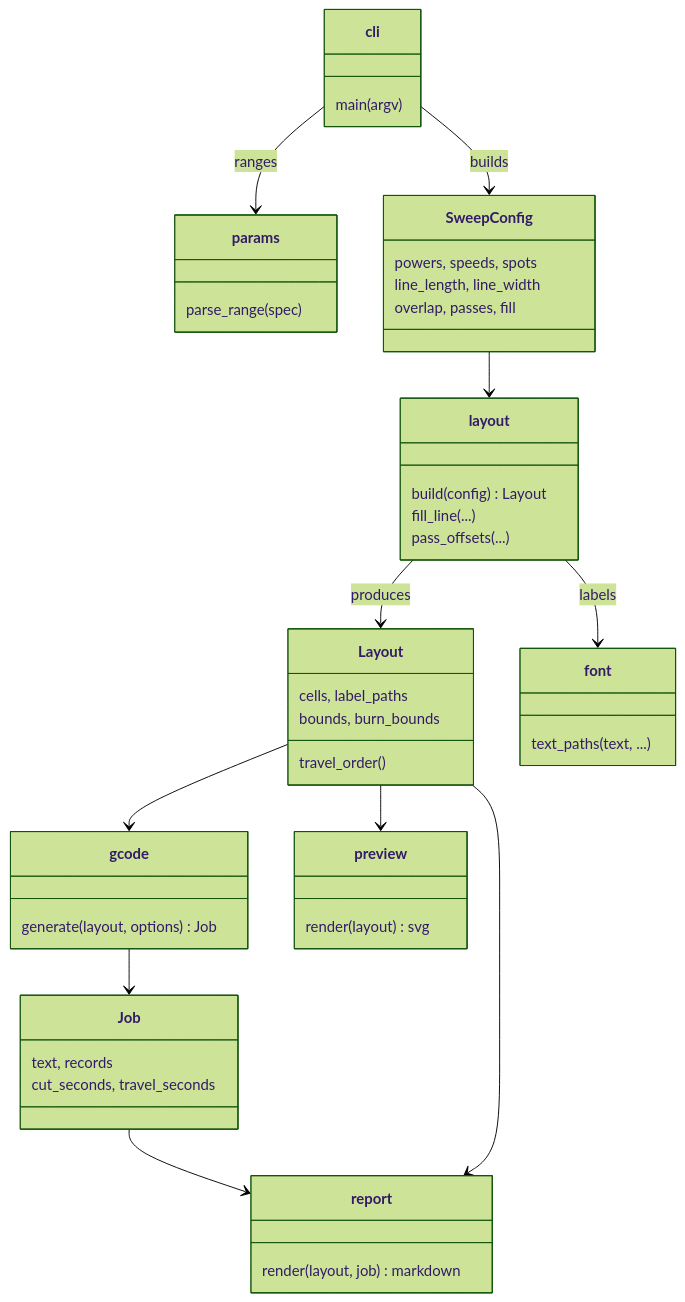
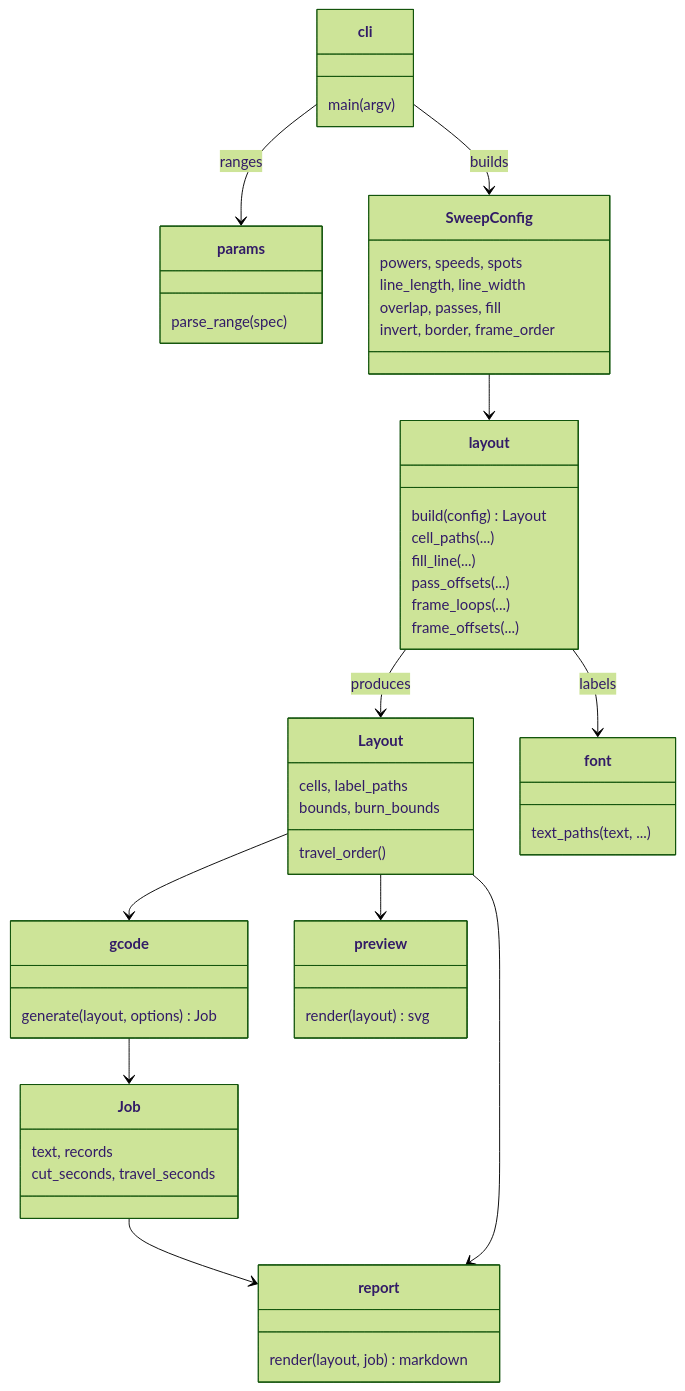
The diagram in README.md (tmpk13/kicad-to-gcode), drawn with Mermaid (forest theme) before and after one commit. The commit also changed other lines of this file and 8 other files, not shown here.

````diff
--- a/README.md
+++ b/README.md
@@ -58,50 +81,54 @@
 ```mermaid
 classDiagram
     class cli {
         main(argv)
     }
     class params {
         parse_range(spec)
     }
     class SweepConfig {
         powers, speeds, spots
         line_length, line_width
         overlap, passes, fill
+        invert, border, frame_order
     }
     class layout {
         build(config) Layout
+        cell_paths(...)
         fill_line(...)
         pass_offsets(...)
+        frame_loops(...)
+        frame_offsets(...)
     }
     class Layout {
         cells, label_paths
         bounds, burn_bounds
         travel_order()
     }
     class font {
         text_paths(text, ...)
     }
     class gcode {
         generate(layout, options) Job
     }
     class Job {
         text, records
         cut_seconds, travel_seconds
     }
     class preview {
         render(layout) svg
     }
     class report {
         render(layout, job) markdown
     }
     cli --> params : ranges
     cli --> SweepConfig : builds
     SweepConfig --> layout
     layout --> Layout : produces
     layout --> font : labels
     Layout --> gcode
     Layout --> preview
     gcode --> Job
     Job --> report
     Layout --> report
 ```
````
